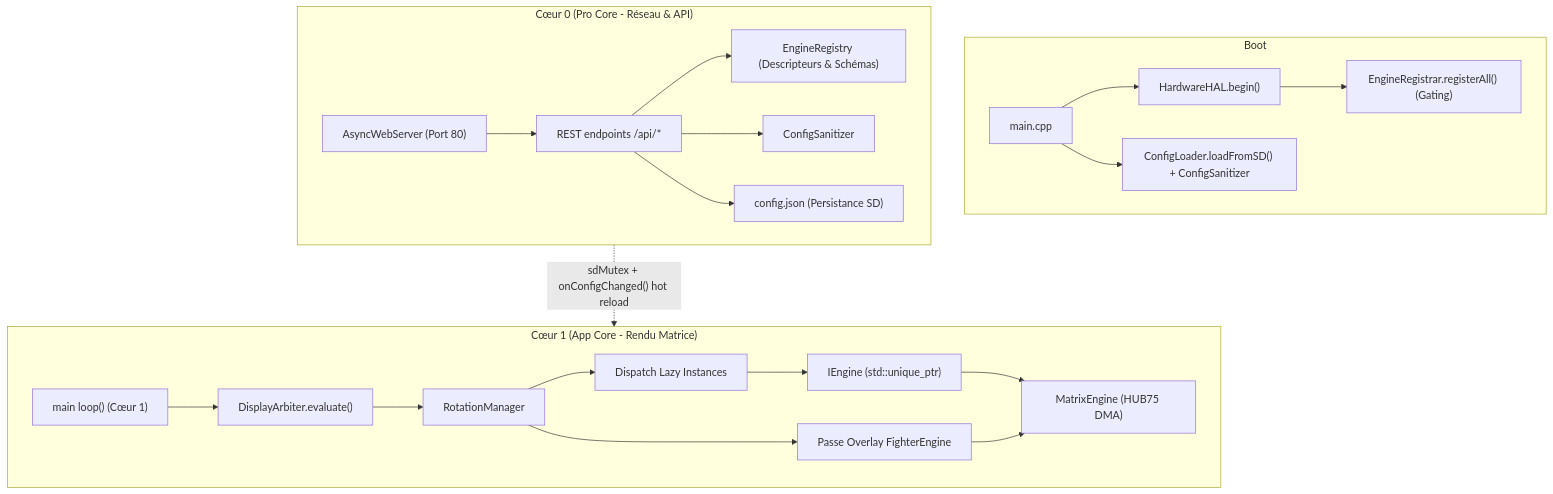
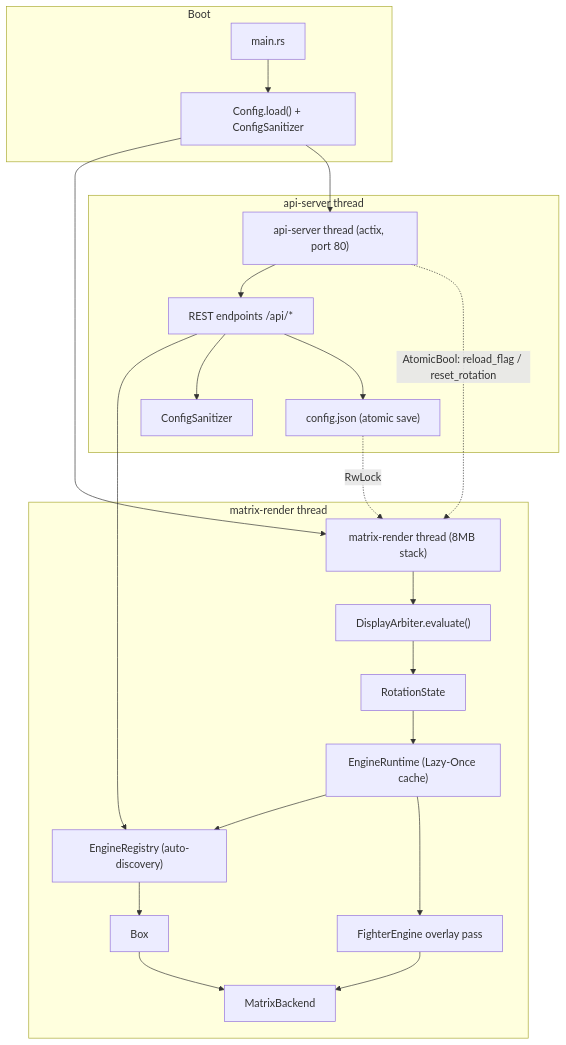
Before and after one commit to red77290/ArcadeMatrix: the first of 15 diagrams in docs/ARCHITECTURE_FR.md, drawn with Mermaid. The commit also changed other lines of this file and 16 other files, not shown here.

````diff
--- a/docs/ARCHITECTURE_FR.md
+++ b/docs/ARCHITECTURE_FR.md
@@ -52,27 +48,30 @@
 ```mermaid
 flowchart TD
     subgraph Boot
-        MAIN["main.cpp"] --> HAL["HardwareHAL.begin()"]
-        HAL --> REG["EngineRegistrar.registerAll() (Gating)"]
-        MAIN --> CFG["ConfigLoader.loadFromSD() + ConfigSanitizer"]
+        MAIN["main.rs"] --> CFG["Config.load() + ConfigSanitizer"]
     end
 
-    subgraph Core0["Cœur 0 (Pro Core - Réseau & API)"]
-        API["AsyncWebServer (Port 80)"] --> EP["REST endpoints /api/*"]
-        EP --> REGD["EngineRegistry (Descripteurs & Schémas)"]
-        EP --> SAN["ConfigSanitizer"]
-        EP --> SD["config.json (Persistance SD)"]
-    end
+    CFG --> REND["matrix-render thread (8MB stack)"]
+    CFG --> API["api-server thread (actix, port 80)"]
 
-    subgraph Core1["Cœur 1 (App Core - Rendu Matrice)"]
-        LOOP["main loop() (Cœur 1)"] --> ARB["DisplayArbiter.evaluate()"]
-        ARB --> ROT["RotationManager"]
-        ROT --> LAZY["Dispatch Lazy Instances"]
-        LAZY --> ENG["IEngine (std::unique_ptr)"]
-        ENG --> MX["MatrixEngine (HUB75 DMA)"]
-        ROT --> OV["Passe Overlay FighterEngine"]
+    subgraph RenderThread["matrix-render thread"]
+        REND --> ARB["DisplayArbiter.evaluate()"]
+        ARB --> ROT["RotationState"]
+        ROT --> RT["EngineRuntime (Lazy-Once cache)"]
+        RT --> REG["EngineRegistry (auto-discovery)"]
+        REG --> ENG["Box<dyn Engine>"]
+        ENG --> MX["MatrixBackend"]
+        RT --> OV["FighterEngine overlay pass"]
         OV --> MX
     end
 
-    Core0 -.->|"sdMutex + onConfigChanged() hot reload"| Core1
+    subgraph ApiThread["api-server thread"]
+        API --> EP["REST endpoints /api/*"]
+        EP --> REG
+        EP --> SAN["ConfigSanitizer"]
+        EP --> SAVE["config.json (atomic save)"]
+    end
+
+    API -.->|"AtomicBool: reload_flag / reset_rotation"| REND
+    SAVE -.->|"RwLock<ConfigSettings>"| REND
 ```
````
